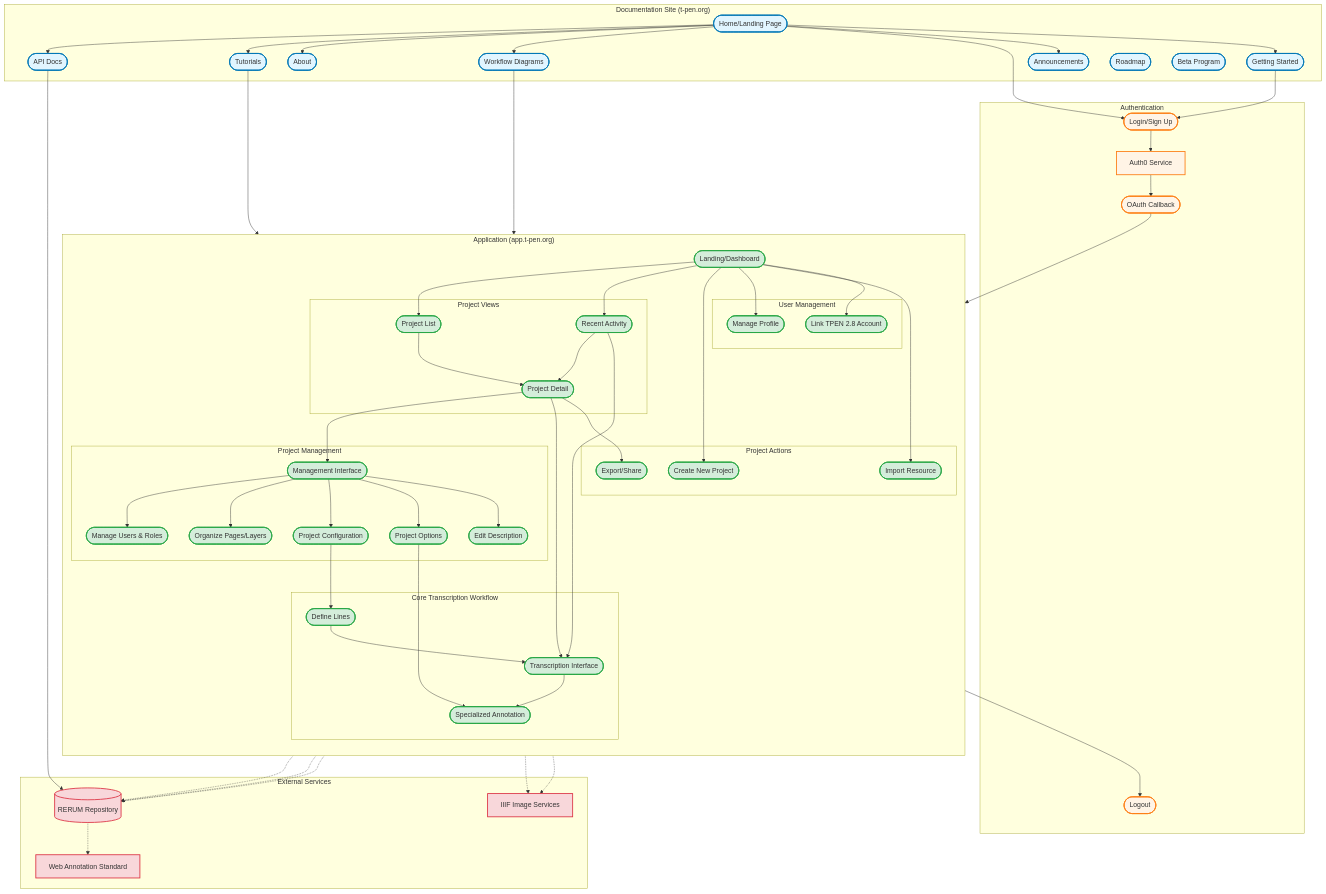
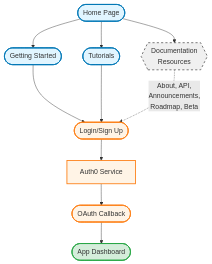
Before and after one commit to CenterForDigitalHumanities/TPEN3: the second of 10 diagrams in core-workflow-mermaid.md, drawn with Mermaid. The commit also changed other lines of this file, not shown here.

Commit message:
Refactor navigation map into 6 focused diagrams for better readability

````diff
--- a/core-workflow-mermaid.md
+++ b/core-workflow-mermaid.md
@@ -18,141 +53,41 @@
 ```mermaid
 graph TB
-    %% Documentation Site (t-pen.org)
-    subgraph DocSite["Documentation Site (t-pen.org)"]
-        Home([Home/Landing Page])
-        GettingStarted([Getting Started])
-        Tutorials([Tutorials])
-        About([About])
-        API([API Docs])
-        Workflow([Workflow Diagrams])
-        Announcements([Announcements])
-        Roadmap([Roadmap])
-        Beta([Beta Program])
-    end
+    %% Documentation Entry Points
+    Home([Home Page])
+    GettingStarted([Getting Started])
+    Tutorials([Tutorials])
     
-    %% Authentication Layer
-    subgraph Auth["Authentication"]
-        Login([Login/Sign Up])
-        Logout([Logout])
-        Callback([OAuth Callback])
-        Auth0[Auth0 Service]
-    end
+    %% Documentation Resources - clustered
+    DocResources{{"Documentation<br/>Resources"}}
     
-    %% Application Interfaces (app.t-pen.org)
-    subgraph AppInterfaces["Application (app.t-pen.org)"]
-        direction TB
-        AppHome([Landing/Dashboard])
-        
-        subgraph ProjectViews["Project Views"]
-            ProjectList([Project List])
-            RecentActivity([Recent Activity])
-            ProjectDetail([Project Detail])
-        end
-        
-        subgraph ProjectManagement["Project Management"]
-            Management([Management Interface])
-            ManageUsers([Manage Users & Roles])
-            PageLayers([Organize Pages/Layers])
-            ProjectConfig([Project Configuration])
-            ProjectOptions([Project Options])
-            EditDesc([Edit Description])
-        end
-        
-        subgraph CoreWorkflow["Core Transcription Workflow"]
-            Transcribe([Transcription Interface])
-            DefineLines([Define Lines])
-            Annotate([Specialized Annotation])
-        end
-        
-        subgraph ProjectActions["Project Actions"]
-            NewProject([Create New Project])
-            ImportResource([Import Resource])
-            ExportLinks([Export/Share])
-        end
-        
-        subgraph UserManagement["User Management"]
-            ManageProfile([Manage Profile])
-            LinkAccount([Link TPEN 2.8 Account])
-        end
-    end
+    %% Authentication
+    Login([Login/Sign Up])
+    Auth0[Auth0 Service]
+    Callback([OAuth Callback])
     
-    %% External Services
-    subgraph External["External Services"]
-        RERUM[(RERUM Repository)]
-        IIIF[IIIF Image Services]
-        WebAnnotation[Web Annotation Standard]
-    end
+    %% Application Entry
+    AppHome([App Dashboard])
     
-    %% Documentation Site Navigation
+    %% Main Flow
     Home --> GettingStarted
     Home --> Tutorials
-    Home --> About
-    Home --> API
-    Home --> Announcements
-    Home --> Workflow
-    Home --> Login
+    Home --> DocResources
     GettingStarted --> Login
-    Tutorials --> AppHome
-    
-    %% Authentication Flow
+    Tutorials --> Login
     Login --> Auth0
     Auth0 --> Callback
     Callback --> AppHome
-    AppHome --> Logout
     
-    %% App Landing to Main Areas
-    AppHome --> ProjectList
-    AppHome --> RecentActivity
-    AppHome --> NewProject
-    AppHome --> ManageProfile
-    AppHome --> ImportResource
-    AppHome --> LinkAccount
+    %% Grouped peripheral pages
+    DocResources -.->|About, API,<br/>Announcements,<br/>Roadmap, Beta| Login
     
-    %% Project Views to Detail
-    ProjectList --> ProjectDetail
-    RecentActivity --> ProjectDetail
-    RecentActivity --> Transcribe
-    
-    %% Project Detail to Role-Based Actions
-    ProjectDetail --> Management
-    ProjectDetail --> Transcribe
-    ProjectDetail --> ExportLinks
-    
-    %% Management Flows
-    Management --> ManageUsers
-    Management --> PageLayers
-    Management --> ProjectConfig
-    Management --> ProjectOptions
-    Management --> EditDesc
-    
-    %% Configuration to Workflow
-    ProjectConfig --> DefineLines
-    DefineLines --> Transcribe
-    ProjectOptions --> Annotate
-    
-    %% Core Transcription Flow
-    Transcribe --> Annotate
-    
-    %% Data Flow to External Services
-    Annotate -.-> RERUM
-    Transcribe -.-> RERUM
-    ExportLinks -.-> RERUM
-    ImportResource -.-> IIIF
-    ProjectConfig -.-> IIIF
-    RERUM -.-> WebAnnotation
-    
-    %% Cross-references
-    API --> RERUM
-    Workflow --> AppHome
-    
-    %% Styling
     classDef docStyle fill:#e1f5ff,stroke:#0077b6,stroke-width:2px
     classDef authStyle fill:#fff4e6,stroke:#fd7e14,stroke-width:2px
     classDef appStyle fill:#d4edda,stroke:#28a745,stroke-width:2px
-    classDef extStyle fill:#f8d7da,stroke:#dc3545,stroke-width:2px
+    classDef groupStyle fill:#f0f0f0,stroke:#666,stroke-width:2px,stroke-dasharray: 5 5
     
-    class Home,GettingStarted,Tutorials,About,API,Workflow,Announcements,Roadmap,Beta docStyle
-    class Login,Logout,Callback,Auth0 authStyle
-    class AppHome,ProjectList,RecentActivity,ProjectDetail,Management,ManageUsers,PageLayers,ProjectConfig,ProjectOptions,EditDesc,Transcribe,DefineLines,Annotate,NewProject,ImportResource,ExportLinks,ManageProfile,LinkAccount appStyle
-    class RERUM,IIIF,WebAnnotation extStyle
+    class Home,GettingStarted,Tutorials docStyle
+    class Login,Auth0,Callback authStyle
+    class AppHome appStyle
+    class DocResources groupStyle
 ```
````
